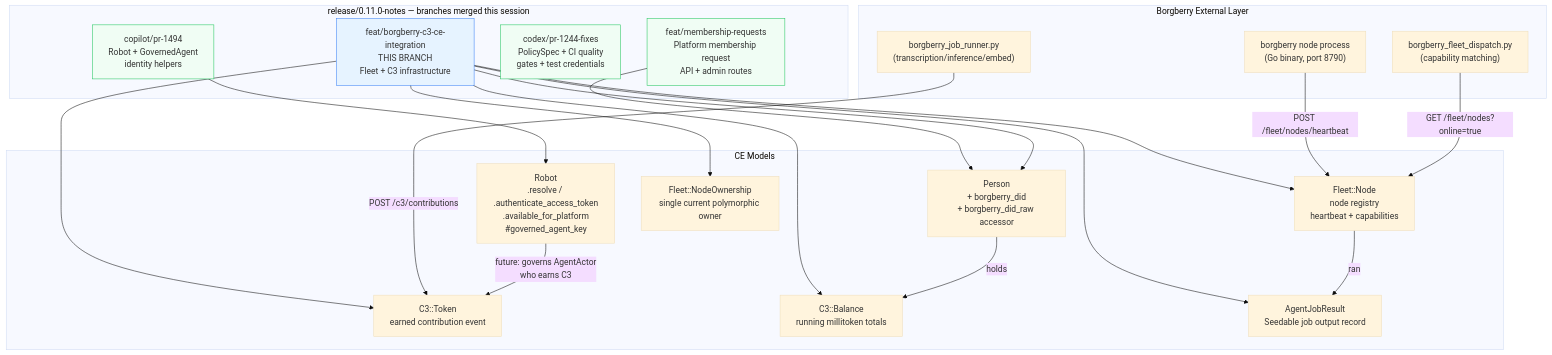
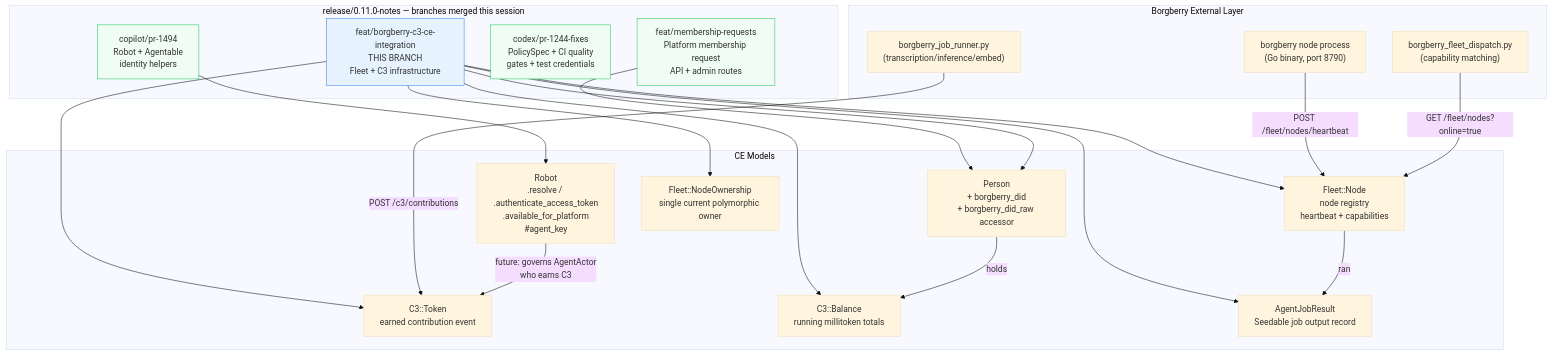
The fourth of 4 diagrams in docs/borgberry-ce-integration.md (better-together-org/community-engine-rails), drawn with Mermaid (base theme) before and after one commit. The commit also changed other lines of this file and 226 other files, not shown here.

First line of the commit message:
fix(0.11.0): strip the "Governed" prefix from agent identity and contribution code

````diff
--- a/docs/borgberry-ce-integration.md
+++ b/docs/borgberry-ce-integration.md
@@ -235,46 +235,46 @@
 ```mermaid
 graph TD
     subgraph "release/0.11.0-notes — branches merged this session"
-        R[copilot/pr-1494<br/>Robot + GovernedAgent<br/>identity helpers]
+        R[copilot/pr-1494<br/>Robot + Agentable<br/>identity helpers]
         M[feat/membership-requests<br/>Platform membership request<br/>API + admin routes]
         Q[codex/pr-1244-fixes<br/>PolicySpec + CI quality<br/>gates + test credentials]
         B[feat/borgberry-c3-ce-integration<br/>THIS BRANCH<br/>Fleet + C3 infrastructure]
     end
 
     subgraph "CE Models"
         Person["Person\n+ borgberry_did\n+ borgberry_did_raw accessor"]
-        Robot["Robot\n.resolve / .authenticate_access_token\n.available_for_platform\n#governed_agent_key"]
+        Robot["Robot\n.resolve / .authenticate_access_token\n.available_for_platform\n#agent_key"]
         FleetNode["Fleet::Node\nnode registry\nheartbeat + capabilities"]
         FleetNodeOwnership["Fleet::NodeOwnership\nsingle current polymorphic owner"]
         C3Token["C3::Token\nearned contribution event"]
         C3Balance["C3::Balance\nrunning millitoken totals"]
         AgentJobResult["AgentJobResult\nSeedable job output record"]
     end
 
     subgraph "Borgberry External Layer"
         NodeProcess["borgberry node process\n(Go binary, port 8790)"]
         JobRunner["borgberry_job_runner.py\n(transcription/inference/embed)"]
         FleetDispatch["borgberry_fleet_dispatch.py\n(capability matching)"]
     end
 
     R --> Robot
     M --> Person
     B --> Person
     B --> FleetNode
     B --> FleetNodeOwnership
     B --> C3Token
     B --> C3Balance
     B --> AgentJobResult
 
     NodeProcess -->|"POST /fleet/nodes/heartbeat"| FleetNode
     JobRunner -->|"POST /c3/contributions"| C3Token
     FleetDispatch -->|"GET /fleet/nodes?online=true"| FleetNode
     Robot -->|"future: governs AgentActor\nwho earns C3"| C3Token
     Person -->|"holds"| C3Balance
     FleetNode -->|"ran"| AgentJobResult
 
     style B fill:#e6f3ff,stroke:#3b82f6
     style R fill:#f0fdf4,stroke:#22c55e
     style M fill:#f0fdf4,stroke:#22c55e
     style Q fill:#f0fdf4,stroke:#22c55e
 ```
````
